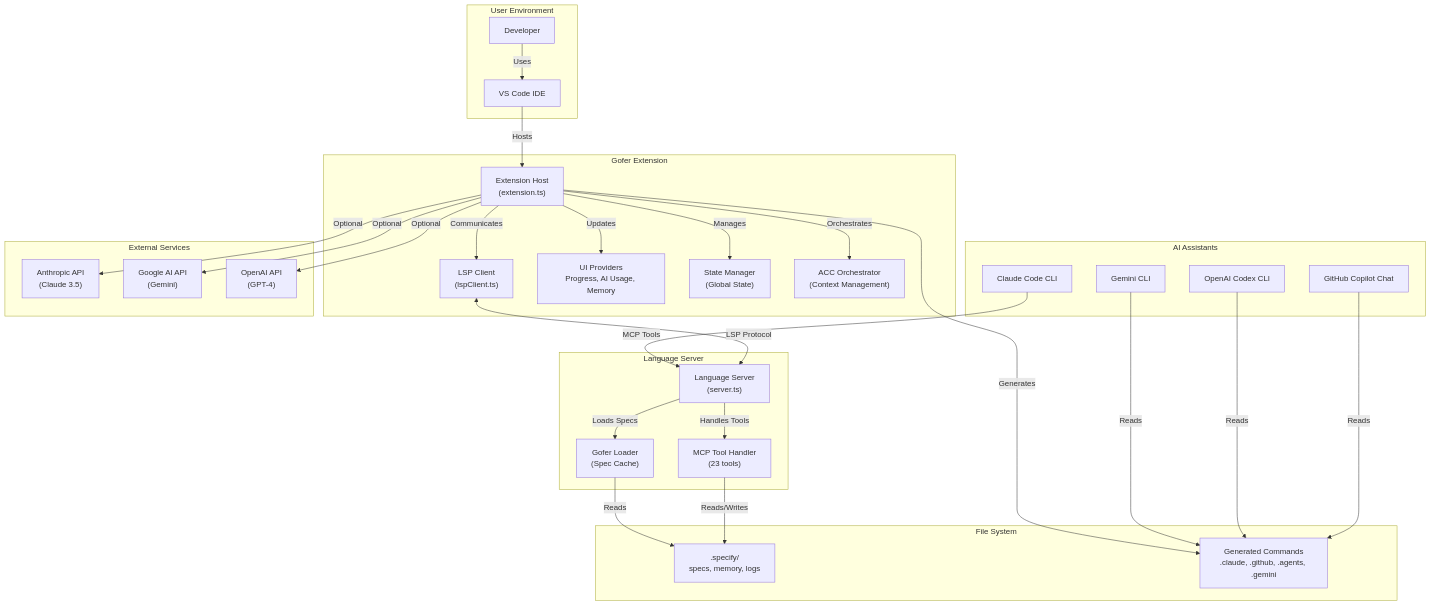
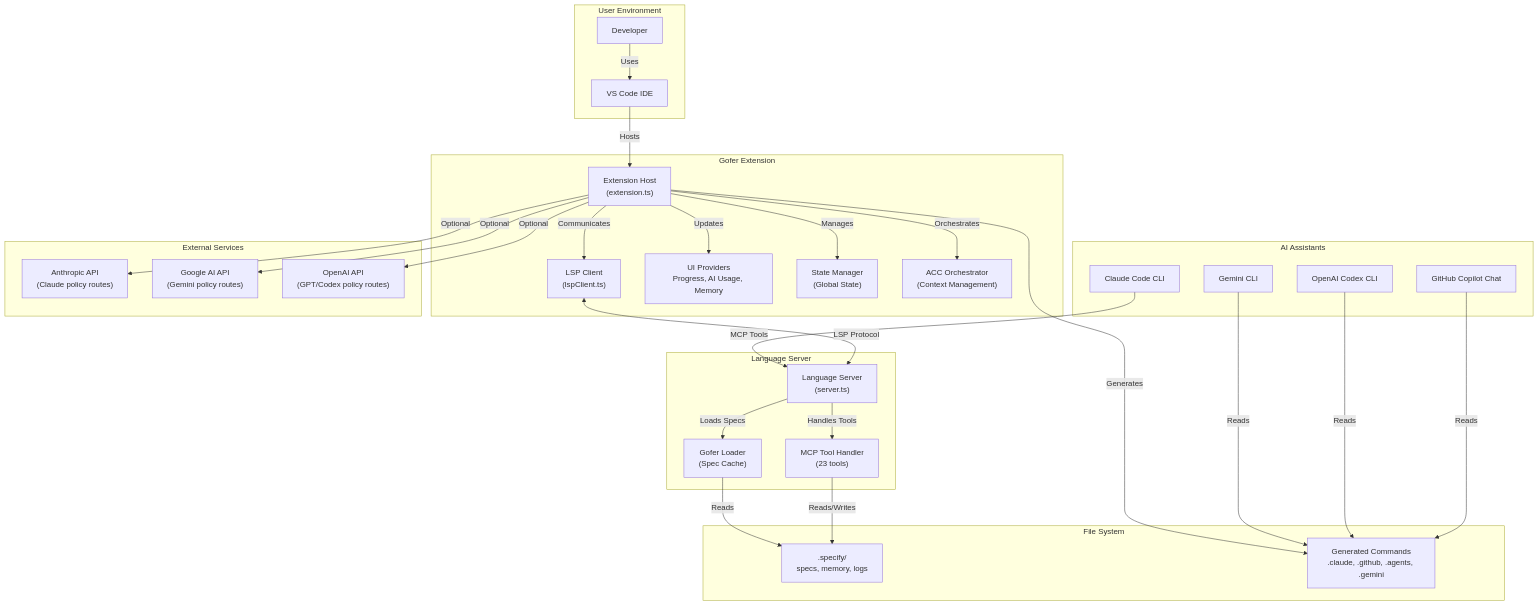
One commit to eai-tools/eai-gofer changed the first of 6 diagrams in .tech-docs/architecture.md. Above: the diagram before and after it, drawn with Mermaid. The commit also changed other lines of this file and 937 other files, not shown here.

````diff
--- a/.tech-docs/architecture.md
+++ b/.tech-docs/architecture.md
@@ -14,62 +14,62 @@
 ```mermaid
 flowchart TB
     subgraph "User Environment"
         VSCode["VS Code IDE"]
         User["Developer"]
     end
 
     subgraph "Gofer Extension"
         ExtHost["Extension Host<br/>(extension.ts)"]
         LSPClient["LSP Client<br/>(lspClient.ts)"]
         UI["UI Providers<br/>Progress, AI Usage, Memory"]
         StateManager["State Manager<br/>(Global State)"]
         ACCOrch["ACC Orchestrator<br/>(Context Management)"]
     end
 
     subgraph "Language Server"
         LSPServer["Language Server<br/>(server.ts)"]
         MCPHandler["MCP Tool Handler<br/>(23 tools)"]
         GoferLoader["Gofer Loader<br/>(Spec Cache)"]
     end
 
     subgraph "AI Assistants"
         Claude["Claude Code CLI"]
         Copilot["GitHub Copilot Chat"]
         Codex["OpenAI Codex CLI"]
         Gemini["Gemini CLI"]
     end
 
     subgraph "File System"
         Specify[".specify/<br/>specs, memory, logs"]
         Generated["Generated Commands<br/>.claude, .github, .agents, .gemini"]
     end
 
     subgraph "External Services"
-        AnthropicAPI["Anthropic API<br/>(Claude 3.5)"]
-        GoogleAPI["Google AI API<br/>(Gemini)"]
-        OpenAIAPI["OpenAI API<br/>(GPT-4)"]
+        AnthropicAPI["Anthropic API<br/>(Claude policy routes)"]
+        GoogleAPI["Google AI API<br/>(Gemini policy routes)"]
+        OpenAIAPI["OpenAI API<br/>(GPT/Codex policy routes)"]
     end
 
     User -->|Uses| VSCode
     VSCode -->|Hosts| ExtHost
     ExtHost -->|Communicates| LSPClient
     LSPClient <-->|LSP Protocol| LSPServer
     ExtHost -->|Updates| UI
     ExtHost -->|Manages| StateManager
     ExtHost -->|Orchestrates| ACCOrch
     
     LSPServer -->|Handles Tools| MCPHandler
     LSPServer -->|Loads Specs| GoferLoader
     MCPHandler -->|Reads/Writes| Specify
     GoferLoader -->|Reads| Specify
     
     Claude -->|MCP Tools| LSPServer
     Copilot -->|Reads| Generated
     Codex -->|Reads| Generated
     Gemini -->|Reads| Generated
     
     ExtHost -->|Generates| Generated
     ExtHost -->|Optional| AnthropicAPI
     ExtHost -->|Optional| GoogleAPI
     ExtHost -->|Optional| OpenAIAPI
 ```
````
